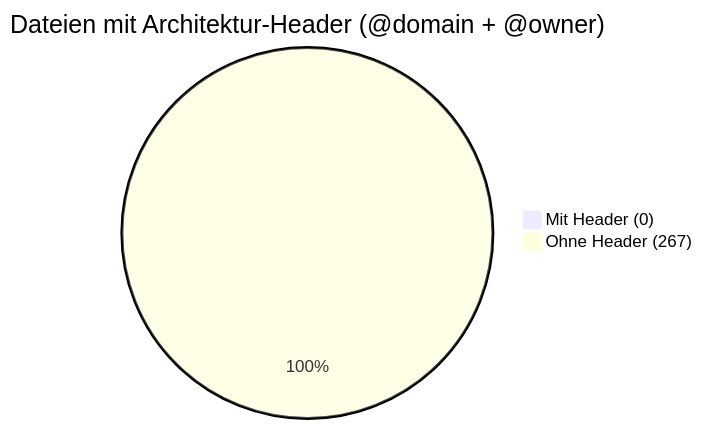
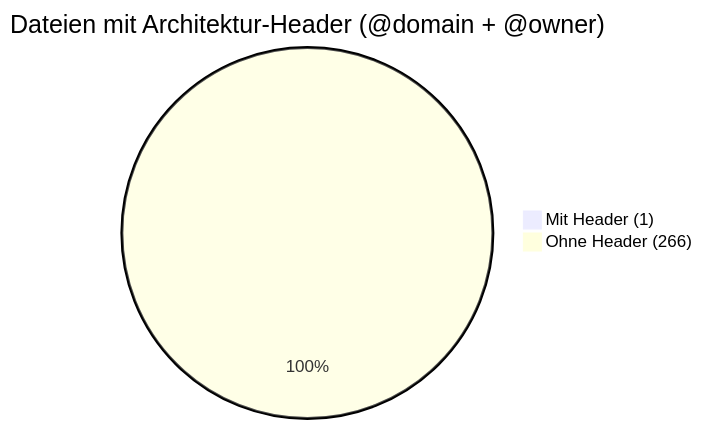
The fifth of 5 diagrams in docs/generated/dependency-graph.md (hui-humanUnitedIntelligent/be-hui), drawn with Mermaid before and after one commit. The commit also changed other lines of this file and 13 other files, not shown here.

````diff
--- a/docs/generated/dependency-graph.md
+++ b/docs/generated/dependency-graph.md
@@ -165,6 +165,6 @@
 ```mermaid
 pie title Dateien mit Architektur-Header (@domain + @owner)
 
-  "Mit Header (0)" : 0
-  "Ohne Header (267)" : 267
+  "Mit Header (1)" : 1
+  "Ohne Header (266)" : 266
 ```
````
